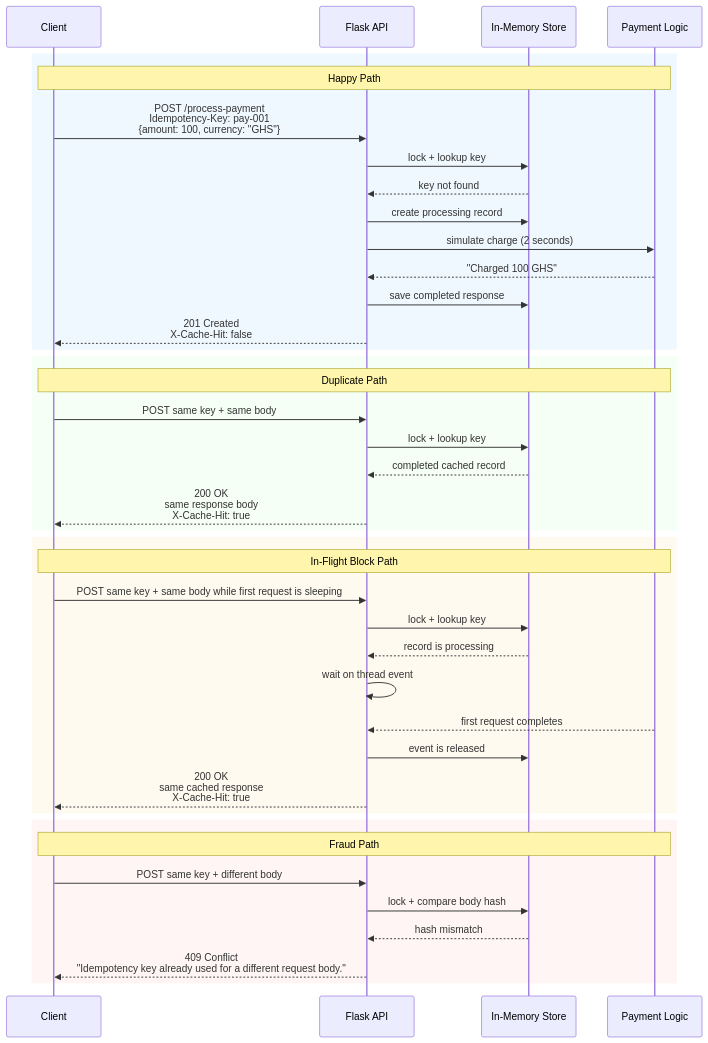
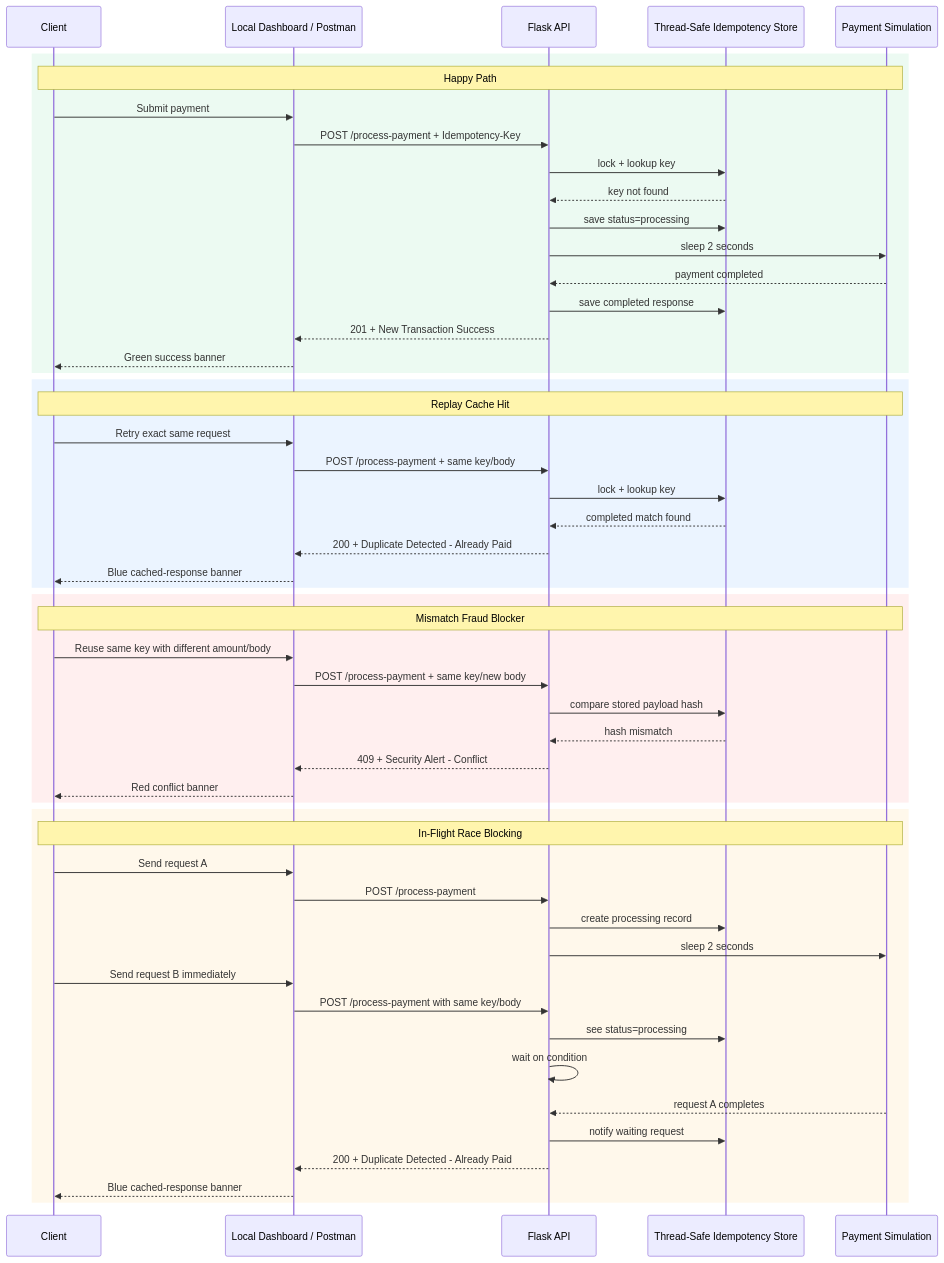
The diagram in README.md (am2aidi/amalitech-idempotency-gateway), drawn with Mermaid before and after one commit. The commit also changed other lines of this file and 2 other files, not shown here.

Commit message:
feat: add ttl cleanup for idempotency keys

````diff
--- a/README.md
+++ b/README.md
@@ -9,46 +19,58 @@
 ```mermaid
 sequenceDiagram
     participant Client
+    participant UI as Local Dashboard / Postman
     participant API as Flask API
-    participant Store as In-Memory Store
-    participant Processor as Payment Logic
+    participant Store as Thread-Safe Idempotency Store
+    participant Processor as Payment Simulation
 
-    rect rgb(240, 248, 255)
+    rect rgb(236, 250, 242)
         Note over Client,Processor: Happy Path
-        Client->>API: POST /process-payment<br/>Idempotency-Key: pay-001<br/>{amount: 100, currency: "GHS"}
+        Client->>UI: Submit payment
+        UI->>API: POST /process-payment + Idempotency-Key
         API->>Store: lock + lookup key
         Store-->>API: key not found
-        API->>Store: create processing record
-        API->>Processor: simulate charge (2 seconds)
-        Processor-->>API: "Charged 100 GHS"
+        API->>Store: save status=processing
+        API->>Processor: sleep 2 seconds
+        Processor-->>API: payment completed
         API->>Store: save completed response
-        API-->>Client: 201 Created<br/>X-Cache-Hit: false
+        API-->>UI: 201 + New Transaction Success
+        UI-->>Client: Green success banner
     end
 
-    rect rgb(245, 255, 245)
-        Note over Client,Processor: Duplicate Path
-        Client->>API: POST same key + same body
+    rect rgb(235, 244, 255)
+        Note over Client,Processor: Replay Cache Hit
+        Client->>UI: Retry exact same request
+        UI->>API: POST /process-payment + same key/body
         API->>Store: lock + lookup key
-        Store-->>API: completed cached record
-        API-->>Client: 200 OK<br/>same response body<br/>X-Cache-Hit: true
+        Store-->>API: completed match found
+        API-->>UI: 200 + Duplicate Detected - Already Paid
+        UI-->>Client: Blue cached-response banner
     end
 
-    rect rgb(255, 250, 240)
-        Note over Client,Processor: In-Flight Block Path
-        Client->>API: POST same key + same body while first request is sleeping
-        API->>Store: lock + lookup key
-        Store-->>API: record is processing
-        API->>API: wait on thread event
-        Processor-->>API: first request completes
-        API->>Store: event is released
-        API-->>Client: 200 OK<br/>same cached response<br/>X-Cache-Hit: true
+    rect rgb(255, 239, 239)
+        Note over Client,Processor: Mismatch Fraud Blocker
+        Client->>UI: Reuse same key with different amount/body
+        UI->>API: POST /process-payment + same key/new body
+        API->>Store: compare stored payload hash
+        Store-->>API: hash mismatch
+        API-->>UI: 409 + Security Alert - Conflict
+        UI-->>Client: Red conflict banner
     end
 
-    rect rgb(255, 245, 245)
-        Note over Client,Processor: Fraud Path
-        Client->>API: POST same key + different body
-        API->>Store: lock + compare body hash
-        Store-->>API: hash mismatch
-        API-->>Client: 409 Conflict<br/>"Idempotency key already used for a different request body."
+    rect rgb(255, 248, 235)
+        Note over Client,Processor: In-Flight Race Blocking
+        Client->>UI: Send request A
+        UI->>API: POST /process-payment
+        API->>Store: create processing record
+        API->>Processor: sleep 2 seconds
+        Client->>UI: Send request B immediately
+        UI->>API: POST /process-payment with same key/body
+        API->>Store: see status=processing
+        API->>API: wait on condition
+        Processor-->>API: request A completes
+        API->>Store: notify waiting request
+        API-->>UI: 200 + Duplicate Detected - Already Paid
+        UI-->>Client: Blue cached-response banner
     end
 ```
````
